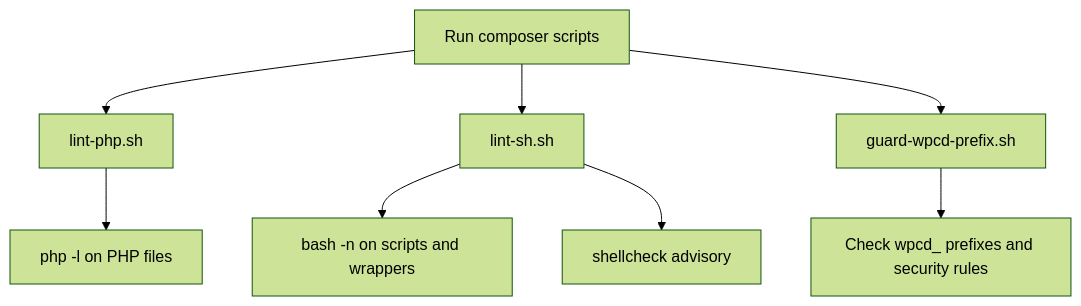
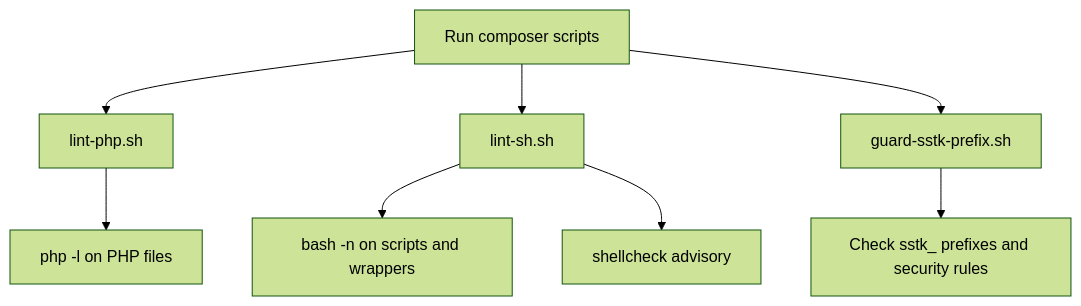
One commit to onedogsolutions/simple-stack changed the fourth of 6 diagrams in .qoder/repowiki/en/content/Development Guide.md. Above: the diagram before and after it, drawn with Mermaid (forest theme). The commit also changed other lines of this file and 5941 other files, not shown here.

````diff
--- a/.qoder/repowiki/en/content/Development Guide.md
+++ b/.qoder/repowiki/en/content/Development Guide.md
@@ -286,10 +286,10 @@
 ```mermaid
 flowchart TD
 A["Run composer scripts"] --> B["lint-php.sh"]
 A --> C["lint-sh.sh"]
-A --> D["guard-wpcd-prefix.sh"]
+A --> D["guard-sstk-prefix.sh"]
 B --> E["php -l on PHP files"]
 C --> F["bash -n on scripts and wrappers"]
 C --> G["shellcheck advisory"]
-D --> H["Check wpcd_ prefixes and security rules"]
+D --> H["Check sstk_ prefixes and security rules"]
 ```
````
